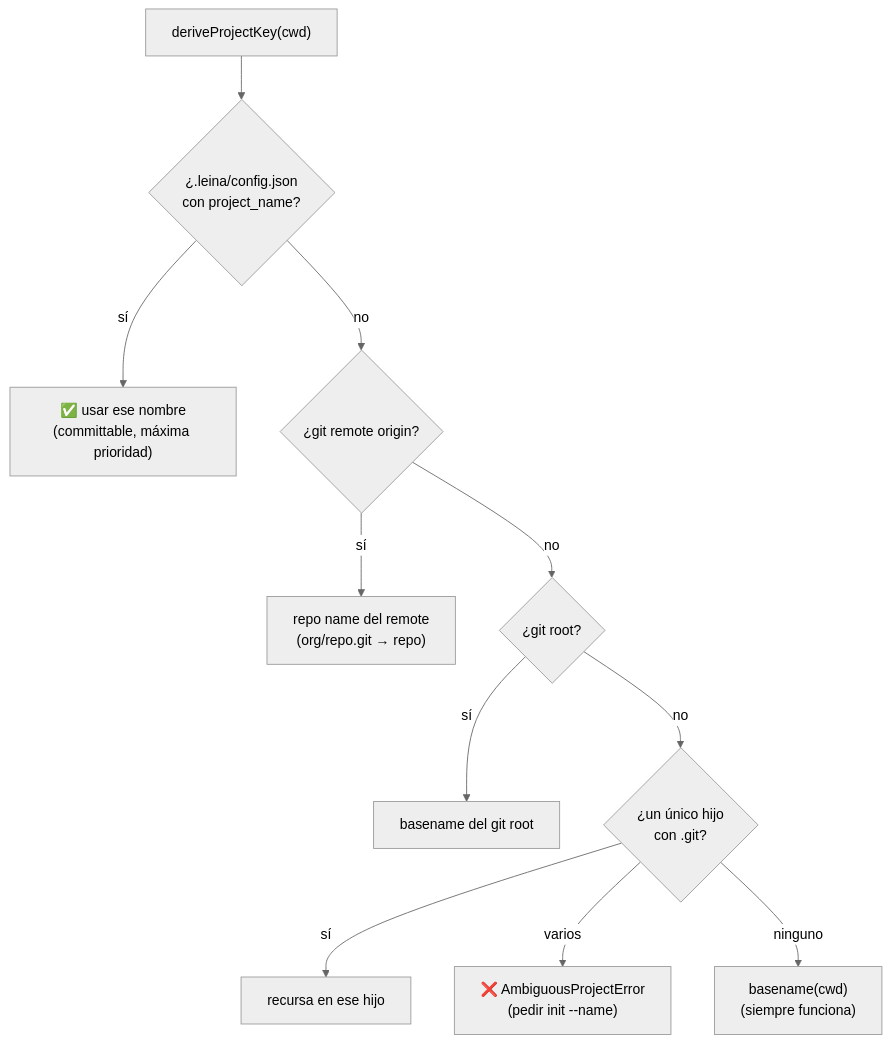
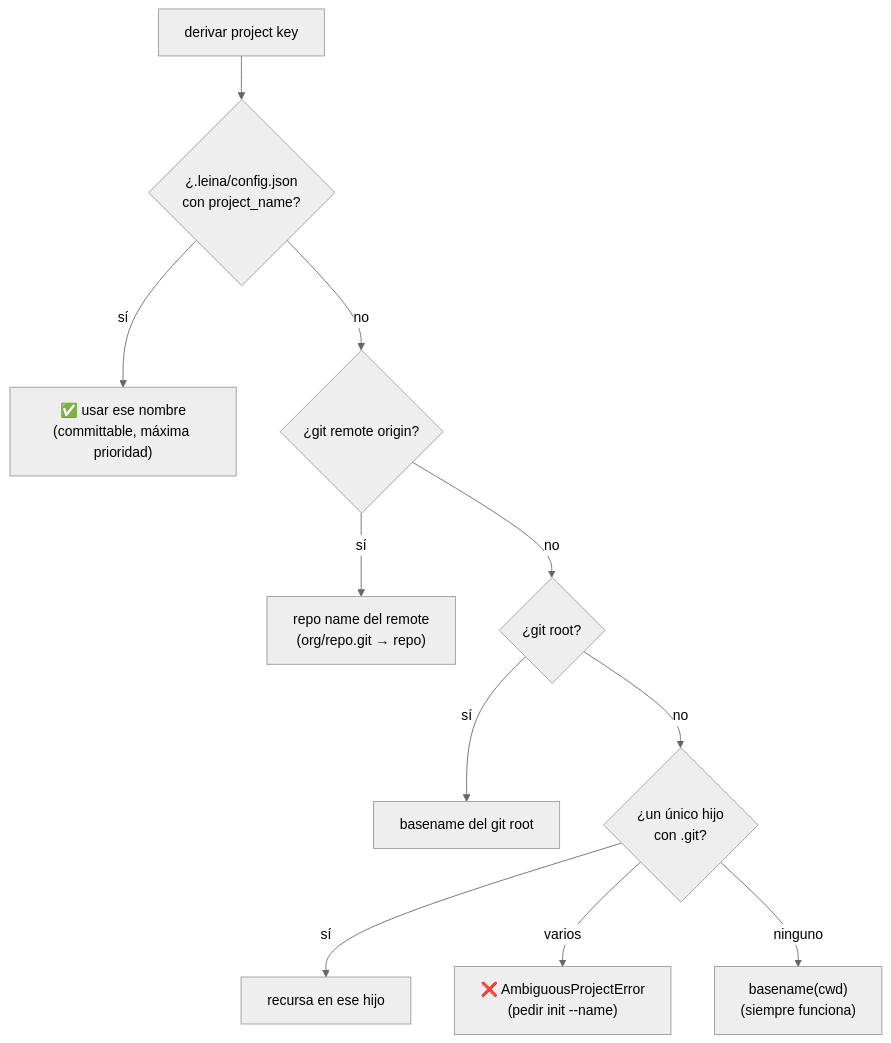
One commit to Kolimar/leina changed the first of 4 diagrams in docs/concepts/04-memoria.md. Above: the diagram before and after it, drawn with Mermaid (neutral theme). The commit also changed other lines of this file and 22 other files, not shown here.

````diff
--- a/docs/concepts/04-memoria.md
+++ b/docs/concepts/04-memoria.md
@@ -28,13 +28,13 @@
 ```mermaid
 flowchart TD
-    start["deriveProjectKey(cwd)"] --> lock{¿.leina/config.json<br/>con project_name?}
+    start["derivar project key"] --> lock{¿.leina/config.json<br/>con project_name?}
     lock -->|sí| done["✅ usar ese nombre<br/>(committable, máxima prioridad)"]
     lock -->|no| remote{¿git remote origin?}
     remote -->|sí| r["repo name del remote<br/>(org/repo.git → repo)"]
     remote -->|no| root{¿git root?}
     root -->|sí| rr["basename del git root"]
     root -->|no| child{¿un único hijo<br/>con .git?}
     child -->|sí| rec["recursa en ese hijo"]
     child -->|varios| amb["❌ AmbiguousProjectError<br/>(pedir init --name)"]
     child -->|ninguno| base["basename(cwd)<br/>(siempre funciona)"]
 ```
````
